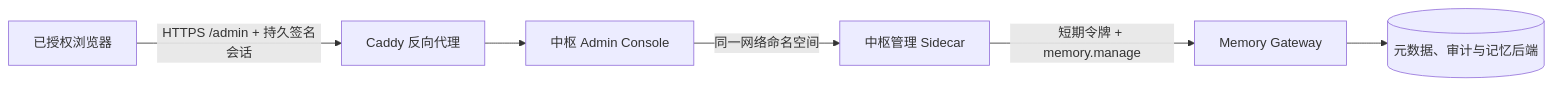
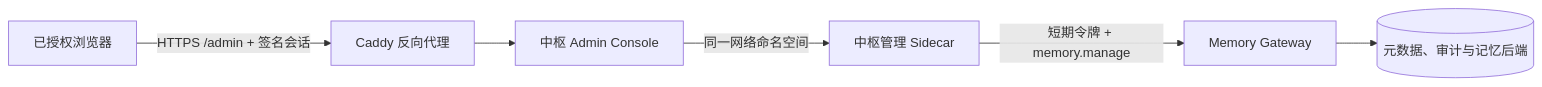
Before and after one commit to Buildlee/agent-memory-gateway: the diagram in docs/central-admin.md, drawn with Mermaid. The commit also changed other lines of this file and 1 other file, not shown here.

````diff
--- a/docs/central-admin.md
+++ b/docs/central-admin.md
@@ -5,8 +5,8 @@
 ```mermaid
 flowchart LR
-  B["已授权浏览器"] -->|"HTTPS /admin + 持久签名会话"| P["Caddy 反向代理"]
+  B["已授权浏览器"] -->|"HTTPS /admin + 签名会话"| P["Caddy 反向代理"]
   P --> C["中枢 Admin Console"]
   C -->|"同一网络命名空间"| S["中枢管理 Sidecar"]
   S -->|"短期令牌 + memory.manage"| G["Memory Gateway"]
   G --> M[("元数据、审计与记忆后端")]
 ```
````
